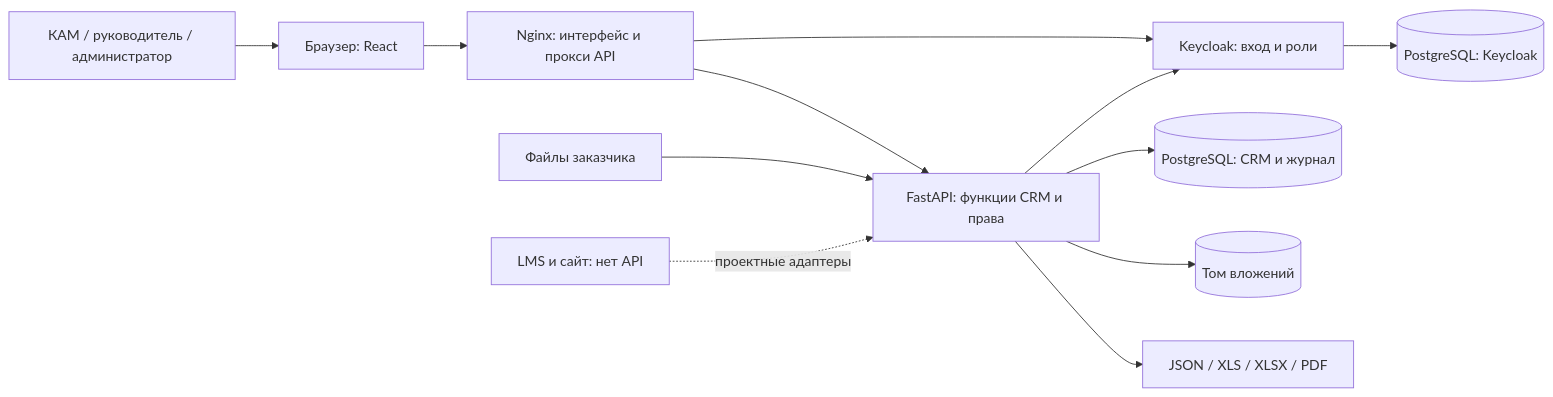
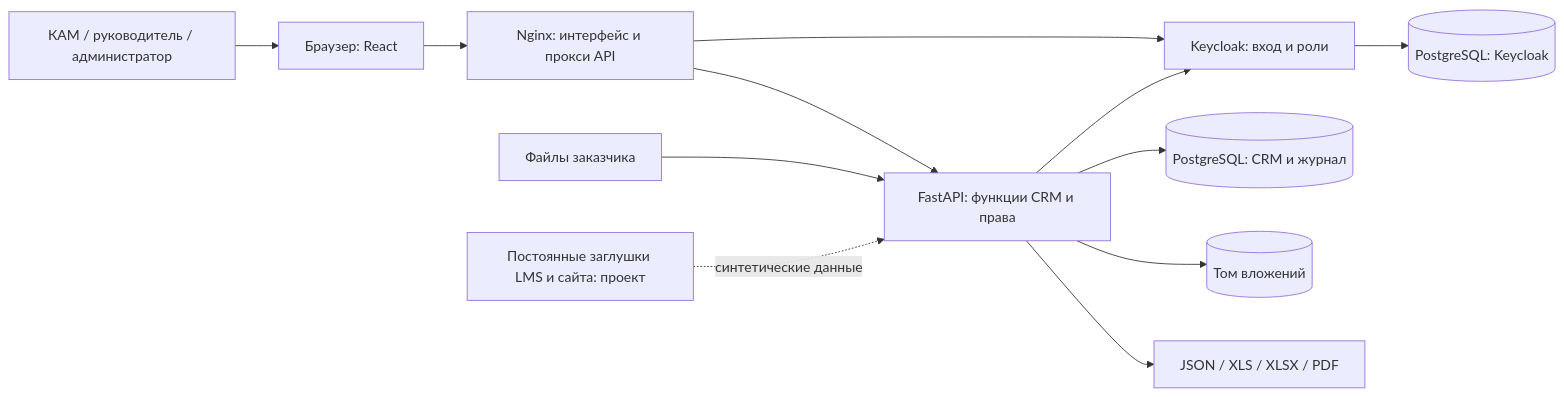
One commit to aleksey-kovalchuk-1/edu_crm changed the diagram in docs/delivery/architecture.md. Above: the diagram before and after it, drawn with Mermaid. The commit also changed 8 other files, not shown here.

````diff
--- a/docs/delivery/architecture.md
+++ b/docs/delivery/architecture.md
@@ -11,14 +11,14 @@
 ```mermaid
 flowchart LR
     U[КАМ / руководитель / администратор] --> W[Браузер: React]
     W --> N[Nginx: интерфейс и прокси API]
     N --> A[FastAPI: функции CRM и права]
     N --> K[Keycloak: вход и роли]
     A --> K
     A --> P[(PostgreSQL: CRM и журнал)]
     K --> P2[(PostgreSQL: Keycloak)]
     A --> F[(Том вложений)]
     A --> E[JSON / XLS / XLSX / PDF]
     X[Файлы заказчика] --> A
-    L[LMS и сайт: нет API] -. проектные адаптеры .-> A
+    L[Постоянные заглушки LMS и сайта: проект] -. синтетические данные .-> A
 ```
````
